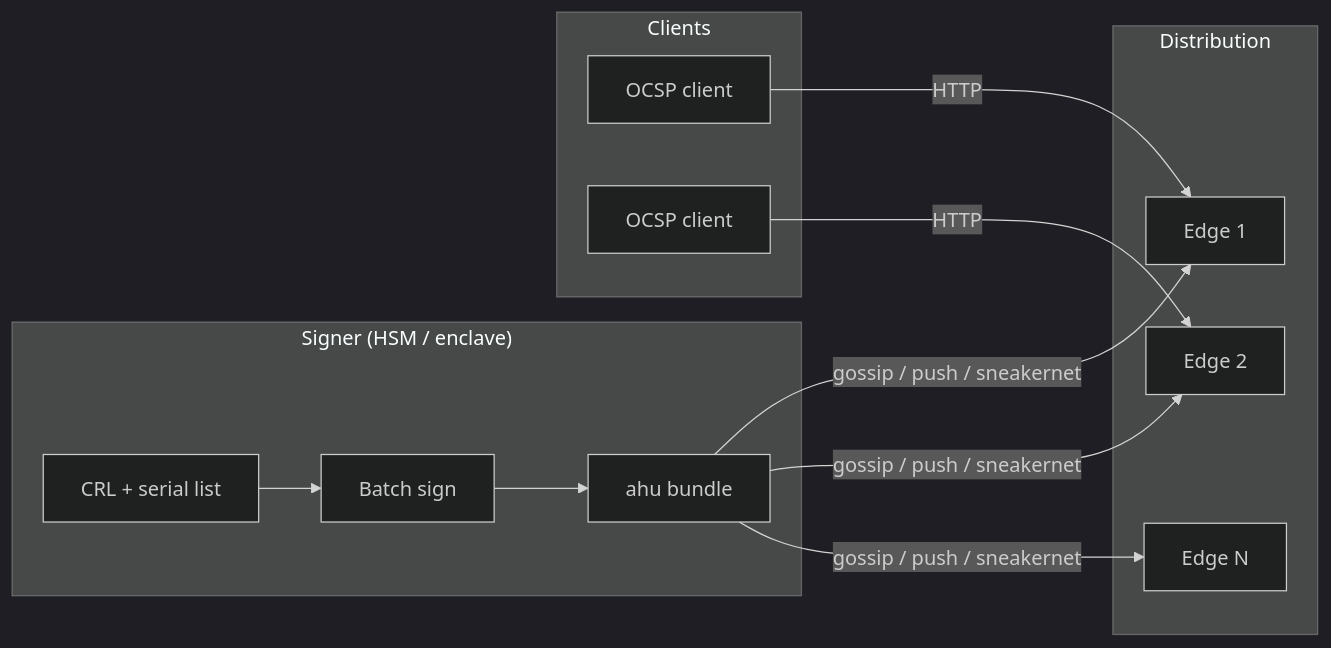
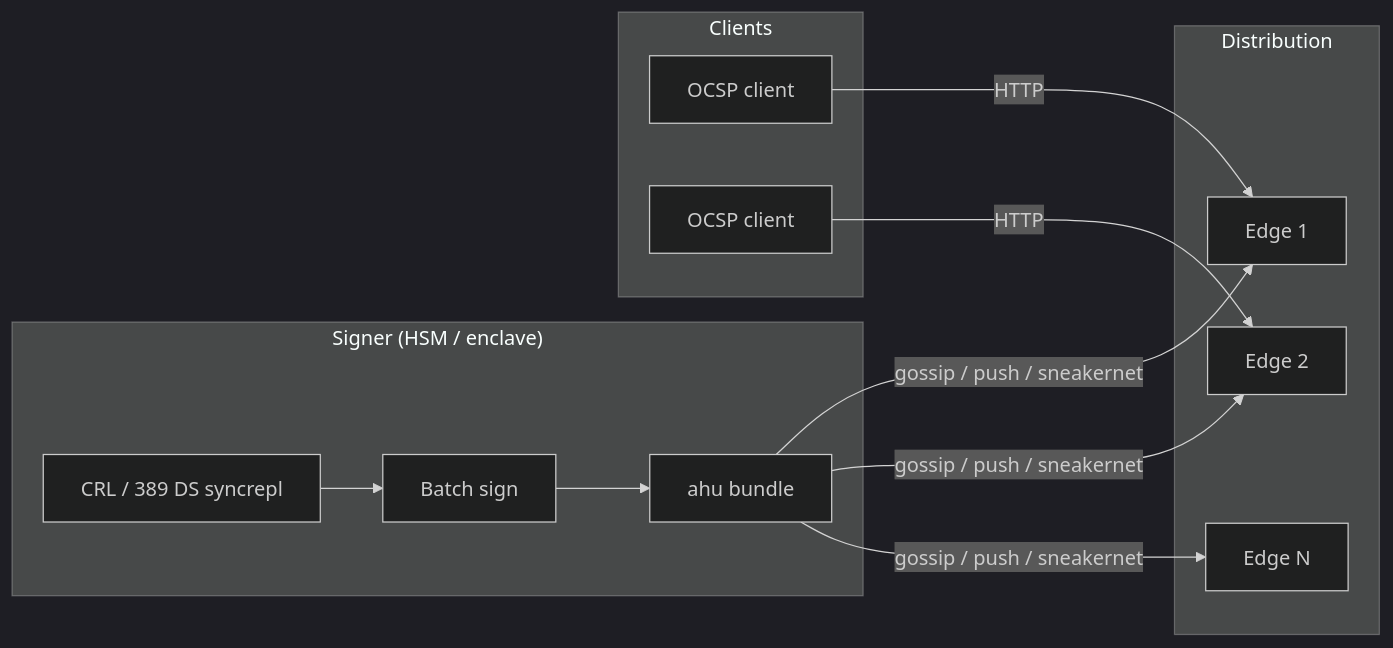
One commit to czinda/hoike-dev changed the first of 3 diagrams in doc/src/architecture/overview.md. Above: the diagram before and after it, drawn with Mermaid (dark theme). The commit also changed other lines of this file and 22 other files, not shown here.

````diff
--- a/doc/src/architecture/overview.md
+++ b/doc/src/architecture/overview.md
@@ -16,16 +16,16 @@
 ```mermaid
 graph LR
     subgraph Signer["Signer (HSM / enclave)"]
-        CRL[CRL + serial list] --> Sign[Batch sign]
+        CRL[CRL / 389 DS syncrepl] --> Sign[Batch sign]
         Sign --> Bundle[ahu bundle]
     end
     subgraph Distribution
         Bundle -->|gossip / push / sneakernet| Edge1[Edge 1]
         Bundle -->|gossip / push / sneakernet| Edge2[Edge 2]
         Bundle -->|gossip / push / sneakernet| EdgeN[Edge N]
     end
     subgraph Clients
         C1[OCSP client] -->|HTTP| Edge1
         C2[OCSP client] -->|HTTP| Edge2
     end
 ```
````
